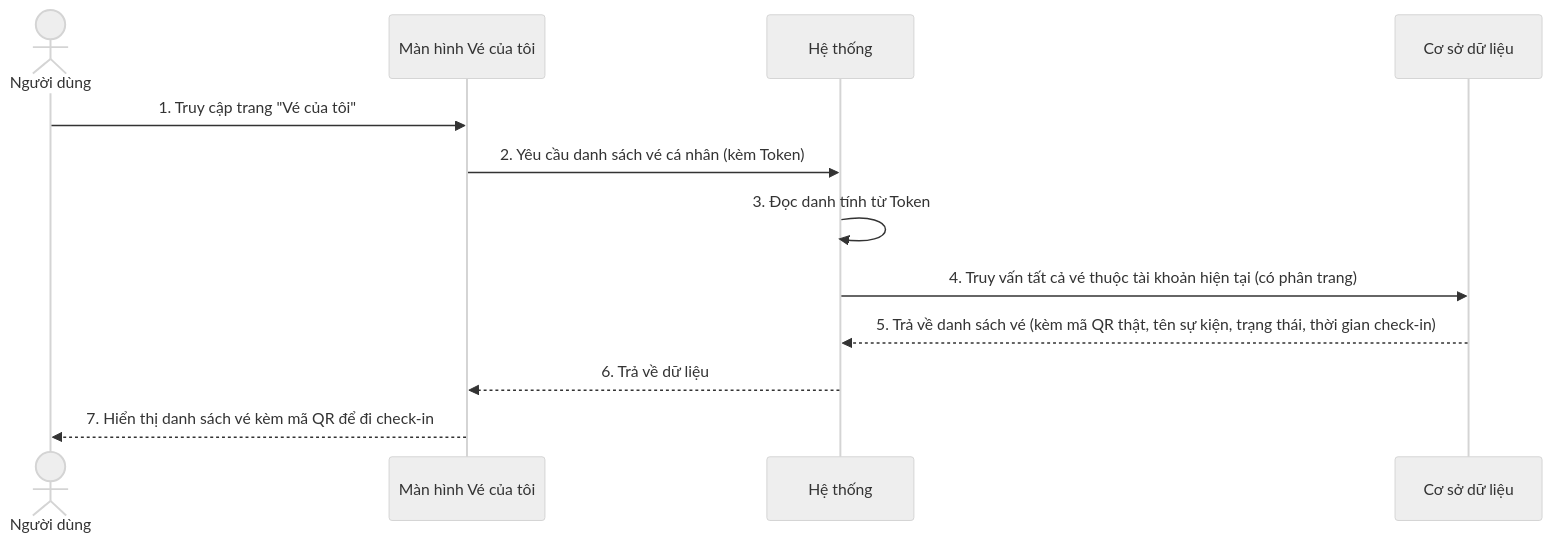
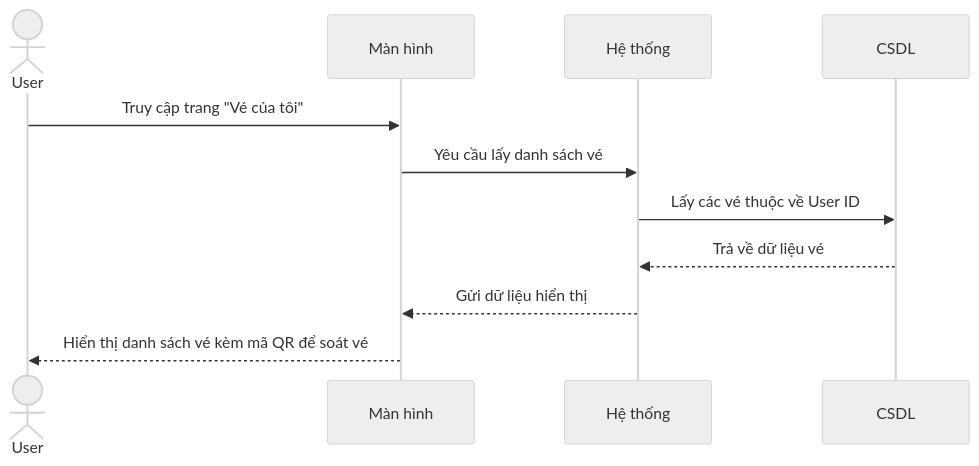
One commit to ChuDucAnh21/BE-quan-ly-su-kien changed the fourth of 7 diagrams in doc/system_analysis/sequence diagram/05d_sequence_payment_ticket_checkin.md. Above: the diagram before and after it, drawn with Mermaid (neutral theme). The commit also changed other lines of this file and 14 other files, not shown here.

````diff
--- a/doc/system_analysis/sequence diagram/05d_sequence_payment_ticket_checkin.md
+++ b/doc/system_analysis/sequence diagram/05d_sequence_payment_ticket_checkin.md
@@ -232,15 +85,14 @@
 ```mermaid
 sequenceDiagram
-    actor User as Người dùng
-    participant UI as Màn hình Vé của tôi
-    participant HT as Hệ thống
-    participant DB as Cơ sở dữ liệu
+    actor User
+    participant Màn hình
+    participant Hệ thống
+    participant CSDL
 
-    User->>UI: 1. Truy cập trang "Vé của tôi"
-    UI->>HT: 2. Yêu cầu danh sách vé cá nhân (kèm Token)
-    HT->>HT: 3. Đọc danh tính từ Token
-    HT->>DB: 4. Truy vấn tất cả vé thuộc tài khoản hiện tại (có phân trang)
-    DB-->>HT: 5. Trả về danh sách vé (kèm mã QR thật, tên sự kiện, trạng thái, thời gian check-in)
-    HT-->>UI: 6. Trả về dữ liệu
-    UI-->>User: 7. Hiển thị danh sách vé kèm mã QR để đi check-in
+    User->>Màn hình: Truy cập trang "Vé của tôi"
+    Màn hình->>Hệ thống: Yêu cầu lấy danh sách vé
+    Hệ thống->>CSDL: Lấy các vé thuộc về User ID
+    CSDL-->>Hệ thống: Trả về dữ liệu vé
+    Hệ thống-->>Màn hình: Gửi dữ liệu hiển thị
+    Màn hình-->>User: Hiển thị danh sách vé kèm mã QR để soát vé
 ```
````
